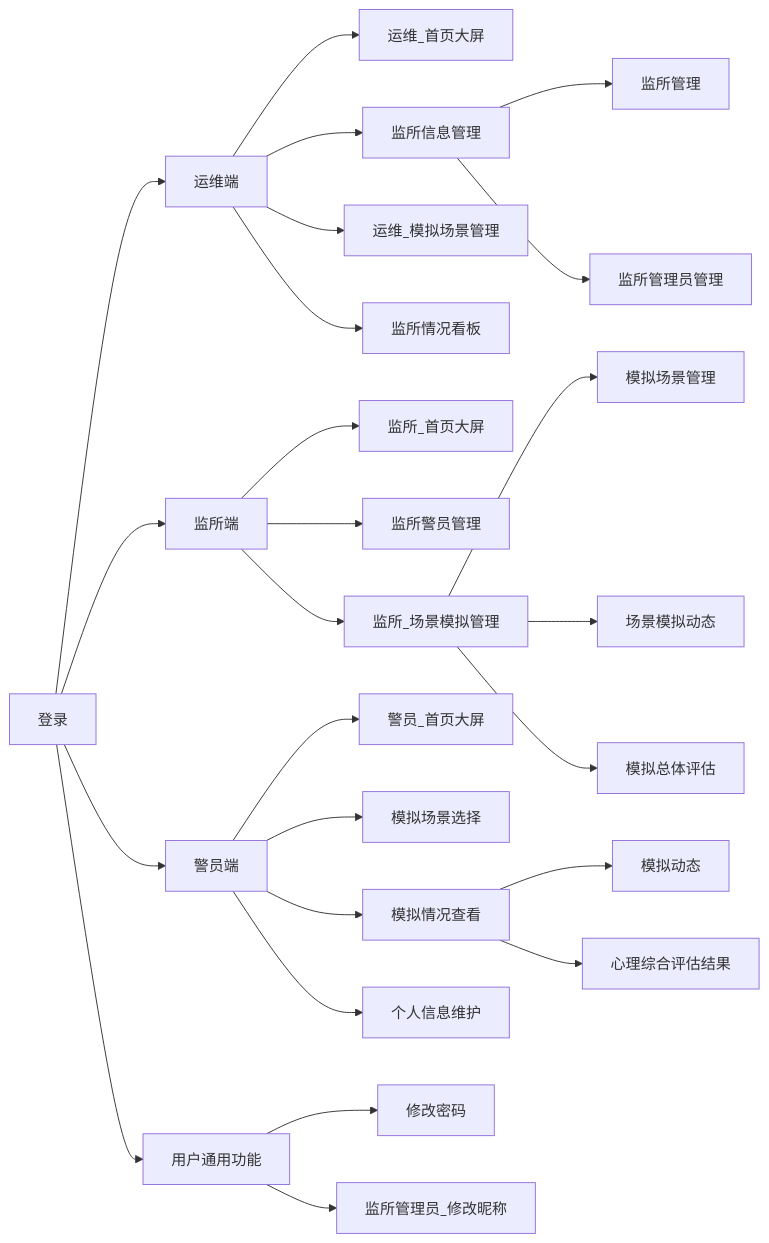
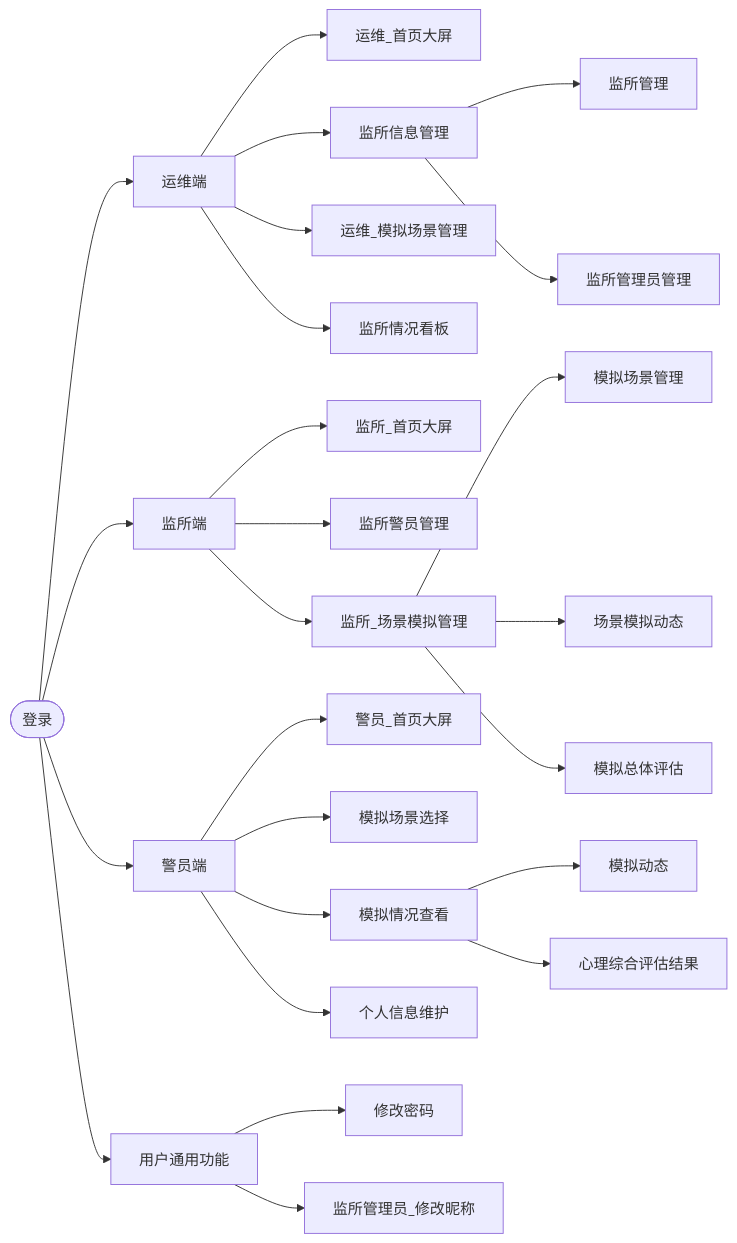
The first of 5 diagrams in 实验4/监所警员心理保障与管理系统_软件结构设计说明_V1.0.md (WangMinan/Software-Engineering-Documentation-Writing), drawn with Mermaid before and after one commit. The commit also changed other lines of this file, not shown here.

````diff
--- a/实验4/监所警员心理保障与管理系统_软件结构设计说明_V1.0.md
+++ b/实验4/监所警员心理保障与管理系统_软件结构设计说明_V1.0.md
@@ -39,27 +39,27 @@
 ```mermaid
 graph LR;
-	登录 --> 运维端
-	登录 --> 监所端
-	登录 --> 警员端
-	登录 --> 用户通用功能
+	A([登录]) --> 运维端
+	A --> 监所端
+	A --> 警员端
+	A --> 用户通用功能
 	运维端 --> 运维_首页大屏
 	运维端 --> 监所信息管理
 	运维端 --> 运维_模拟场景管理
 	运维端 --> 监所情况看板
 	监所信息管理 --> 监所管理
 	监所信息管理 --> 监所管理员管理
 	监所端 --> 监所_首页大屏
 	监所端 --> 监所警员管理
 	监所端 --> 监所_场景模拟管理
 	监所_场景模拟管理 --> 模拟场景管理
 	监所_场景模拟管理 --> 场景模拟动态
 	监所_场景模拟管理 --> 模拟总体评估
 	警员端 --> 警员_首页大屏
 	警员端 --> 模拟场景选择
 	警员端 --> 模拟情况查看
 	警员端 --> 个人信息维护
 	模拟情况查看 --> 模拟动态
 	模拟情况查看 --> 心理综合评估结果
 	用户通用功能 --> 修改密码
 	用户通用功能 --> 监所管理员_修改昵称
 ```
````
